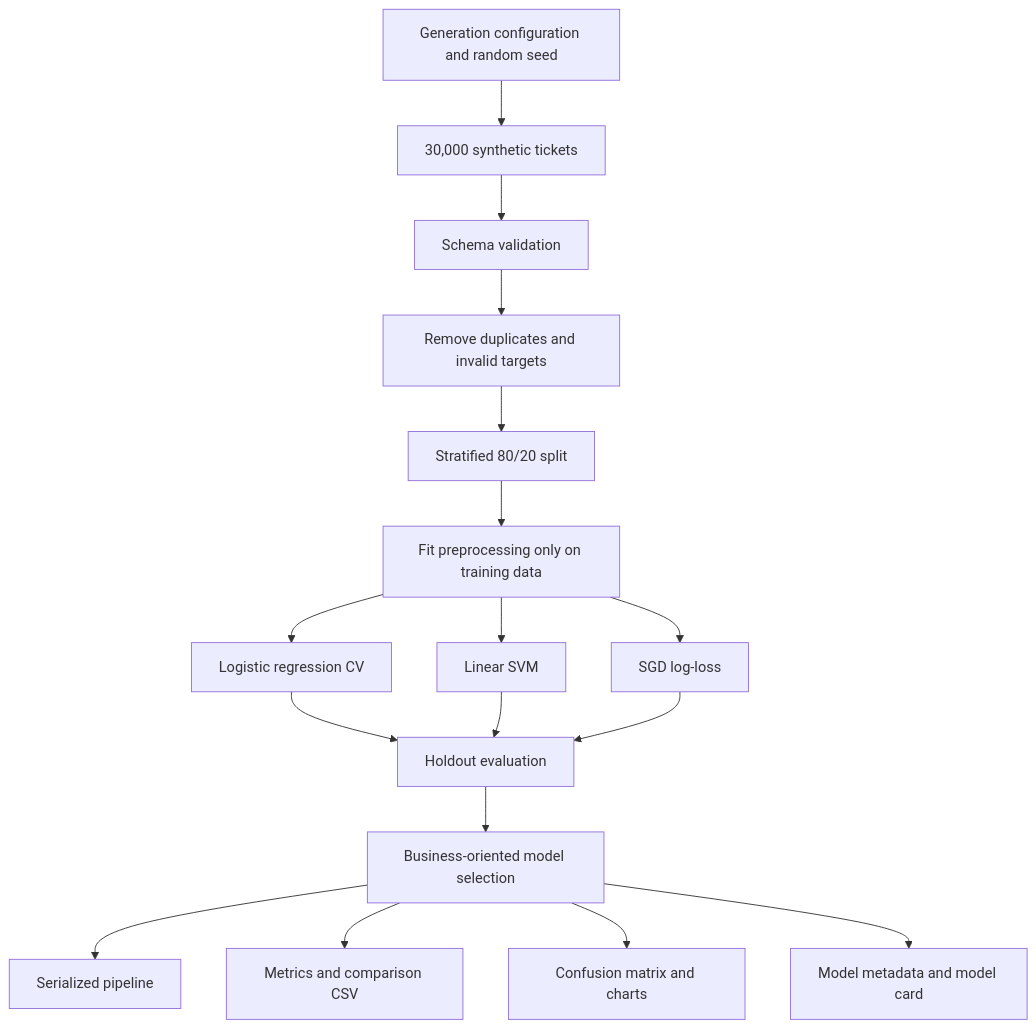
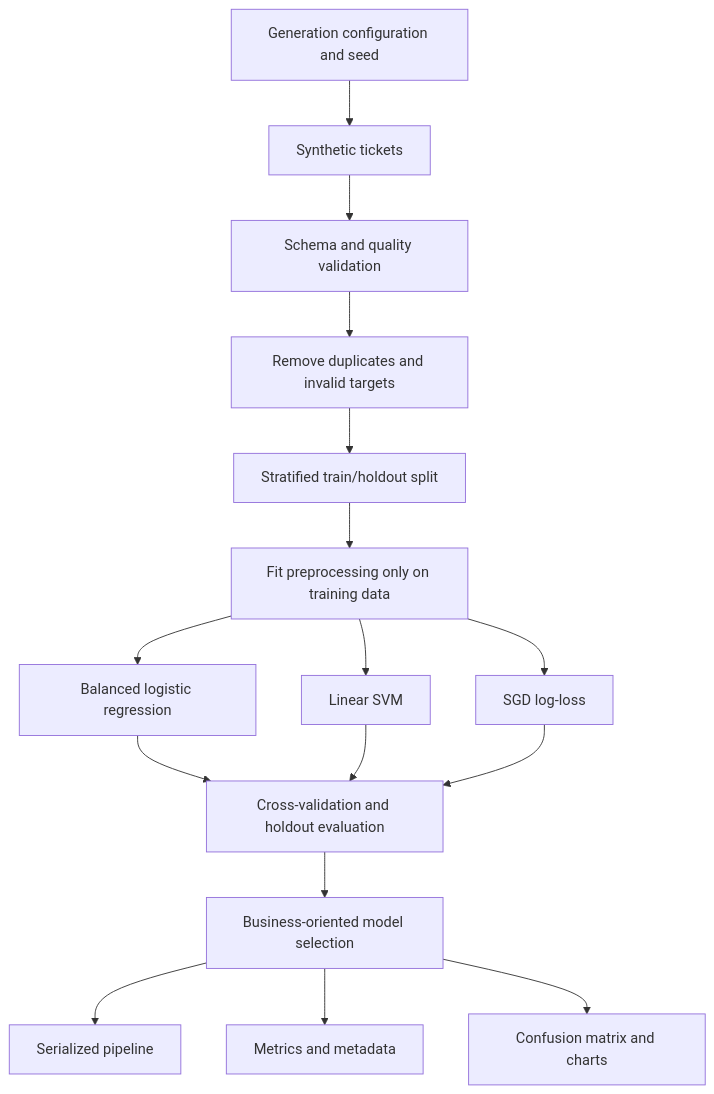
The second of 3 diagrams in docs/ARCHITECTURE.md (spawn187/ai-it-service-desk-priority-predictor), drawn with Mermaid before and after one commit. The commit also changed other lines of this file and 65 other files, not shown here.

````diff
--- a/docs/ARCHITECTURE.md
+++ b/docs/ARCHITECTURE.md
@@ -42,19 +69,18 @@
 ```mermaid
 flowchart TD
-    A[Generation configuration and random seed] --> B[30,000 synthetic tickets]
-    B --> C[Schema validation]
+    A[Generation configuration and seed] --> B[Synthetic tickets]
+    B --> C[Schema and quality validation]
     C --> D[Remove duplicates and invalid targets]
-    D --> E[Stratified 80/20 split]
+    D --> E[Stratified train/holdout split]
     E --> F[Fit preprocessing only on training data]
-    F --> G1[Logistic regression CV]
+    F --> G1[Balanced logistic regression]
     F --> G2[Linear SVM]
     F --> G3[SGD log-loss]
-    G1 --> H[Holdout evaluation]
+    G1 --> H[Cross-validation and holdout evaluation]
     G2 --> H
     G3 --> H
     H --> I[Business-oriented model selection]
     I --> J[Serialized pipeline]
-    I --> K[Metrics and comparison CSV]
+    I --> K[Metrics and metadata]
     I --> L[Confusion matrix and charts]
-    I --> M[Model metadata and model card]
 ```
````
